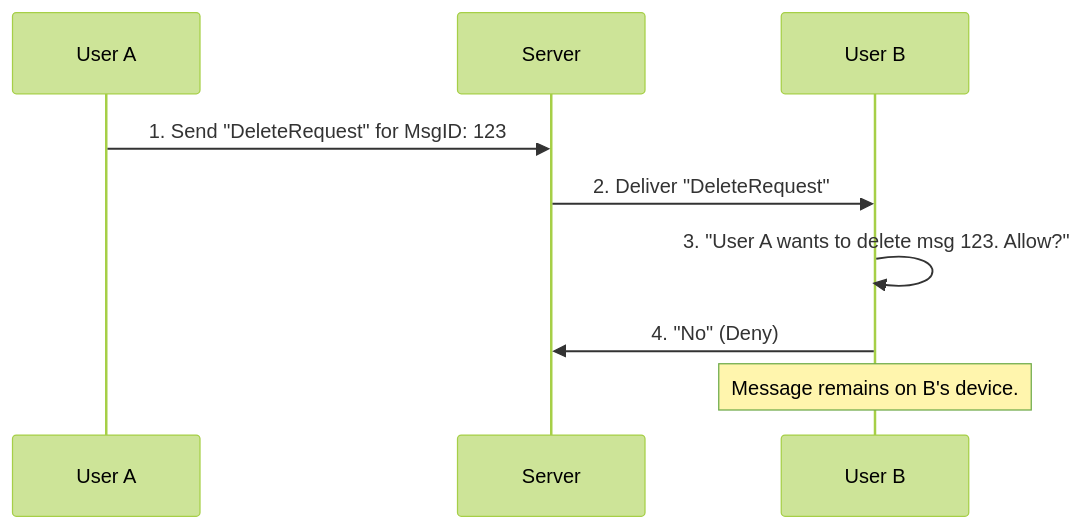
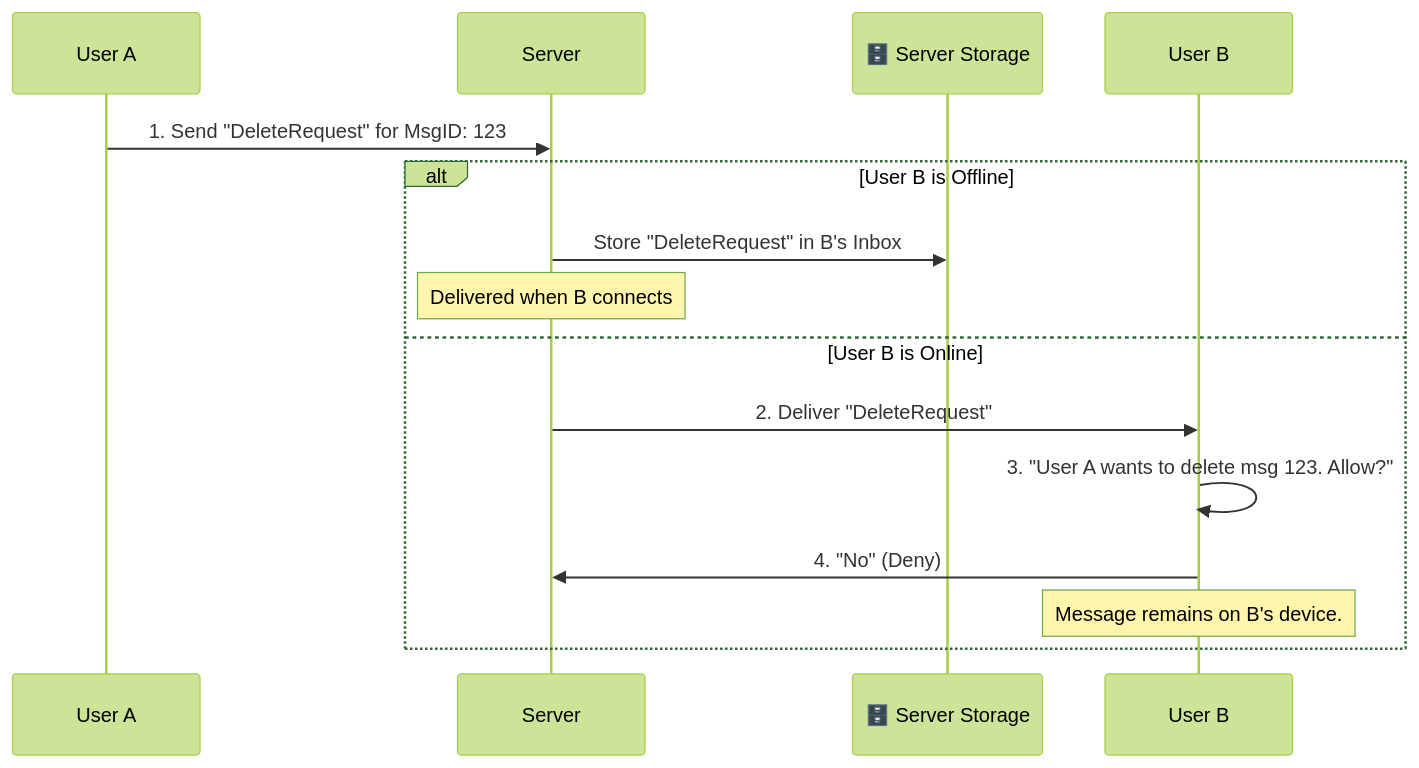
Before and after one commit to pingappduniya-oss/Ping-App-Complete-Use-Case-Flows-Technical-Deep-Dive-: the eighth of 18 diagrams in CompleteUseCaseFlows.md, drawn with Mermaid (forest theme). The commit also changed other lines of this file, not shown here.

````diff
--- a/CompleteUseCaseFlows.md
+++ b/CompleteUseCaseFlows.md
@@ -189,12 +223,19 @@
 ```mermaid
 sequenceDiagram
     participant UA as User A
     participant Server as Server
+    participant SS as 🗄️ Server Storage
     participant UB as User B
     
     UA->>Server: 1. Send "DeleteRequest" for MsgID: 123
-    Server->>UB: 2. Deliver "DeleteRequest"
-    UB->>UB: 3. "User A wants to delete msg 123. Allow?"
-    UB->>Server: 4. "No" (Deny)
-    Note over UB: Message remains on B's device.
+    
+    alt User B is Offline
+        Server->>SS: Store "DeleteRequest" in B's Inbox
+        Note over Server: Delivered when B connects
+    else User B is Online
+        Server->>UB: 2. Deliver "DeleteRequest"
+        UB->>UB: 3. "User A wants to delete msg 123. Allow?"
+        UB->>Server: 4. "No" (Deny)
+        Note over UB: Message remains on B's device.
+    end
 ```
````
